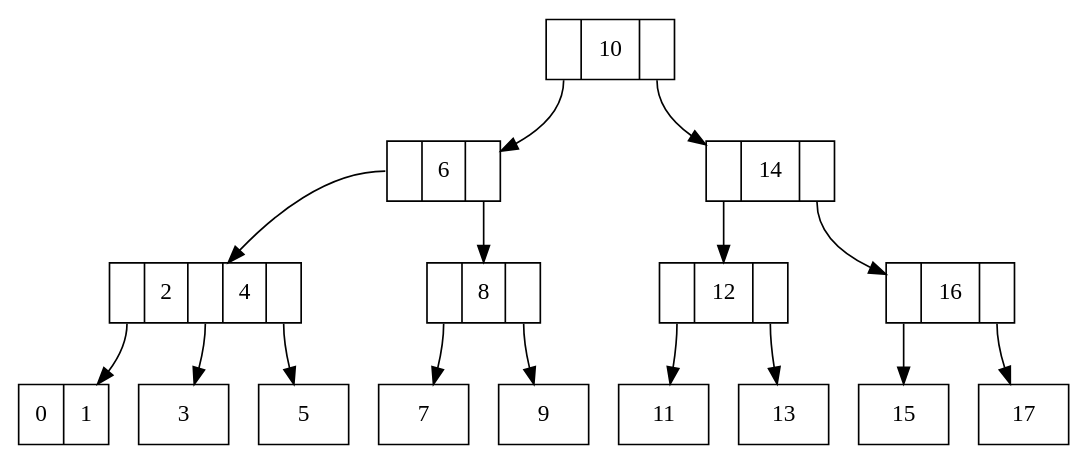
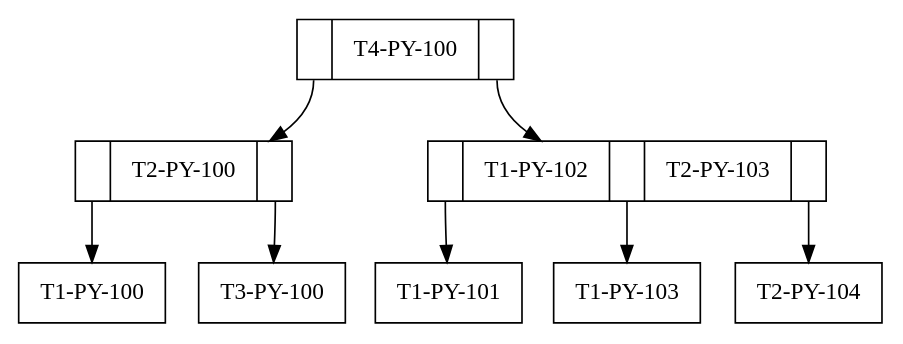
Before and after one commit to ARCG-prog/EDD_2S_2023: the diagram in Clase8/arbolB.dot, drawn with Graphviz. The commit also changed 5 other files, not shown here.

```diff
--- a/Clase8/arbolB.dot
+++ b/Clase8/arbolB.dot
@@ -1,33 +1,17 @@
 digraph arbol { 
-node[shape=record]R10[label="<C1>|10|<C2>"];
-R6[label="<C1>|6|<C2>"];
-R2[label="<C1>|2|<C2>|4|<C3>"];
-R0[label="0|1"];
-R3[label="3"];
-R5[label="5"];
-R8[label="<C1>|8|<C2>"];
-R7[label="7"];
-R9[label="9"];
-R14[label="<C1>|14|<C2>"];
-R12[label="<C1>|12|<C2>"];
-R11[label="11"];
-R13[label="13"];
-R16[label="<C1>|16|<C2>"];
-R15[label="15"];
-R17[label="17"];
-R10:C1 -> R6;
-R6:C1 -> R2;
-R2:C1 -> R0;
-R2:C2 -> R3;
-R2:C3 -> R5;
-R6:C2 -> R8;
-R8:C1 -> R7;
-R8:C2 -> R9;
-R10:C2 -> R14;
-R14:C1 -> R12;
-R12:C1 -> R11;
-R12:C2 -> R13;
-R14:C2 -> R16;
-R16:C1 -> R15;
-R16:C2 -> R17;
+node[shape=record]R540[label="<C1>|T4-PY-100|<C2>"];
+R538[label="<C1>|T2-PY-100|<C2>"];
+R537[label="T1-PY-100"];
+R539[label="T3-PY-100"];
+R2539[label="<C1>|T1-PY-102|<C2>|T2-PY-103|<C3>"];
+R1538[label="T1-PY-101"];
+R3540[label="T1-PY-103"];
+R4542[label="T2-PY-104"];
+R540:C1 -> R538;
+R538:C1 -> R537;
+R538:C2 -> R539;
+R540:C2 -> R2539;
+R2539:C1 -> R1538;
+R2539:C2 -> R3540;
+R2539:C3 -> R4542;
 }
```
